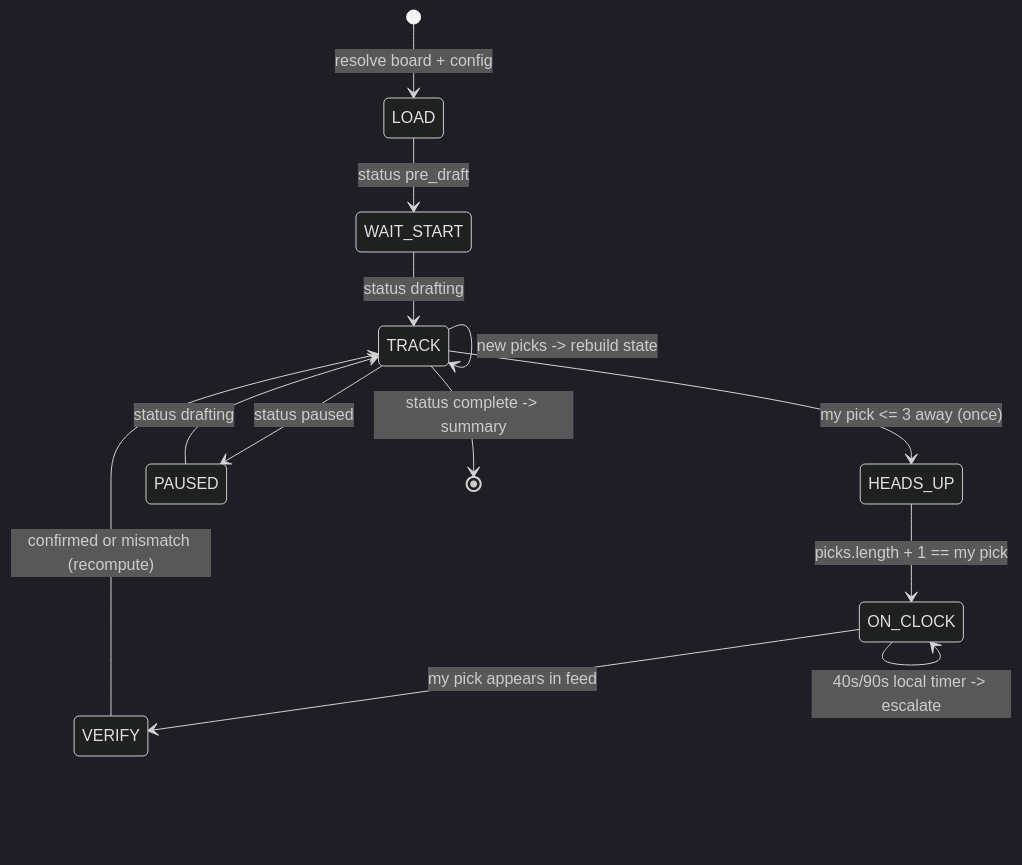
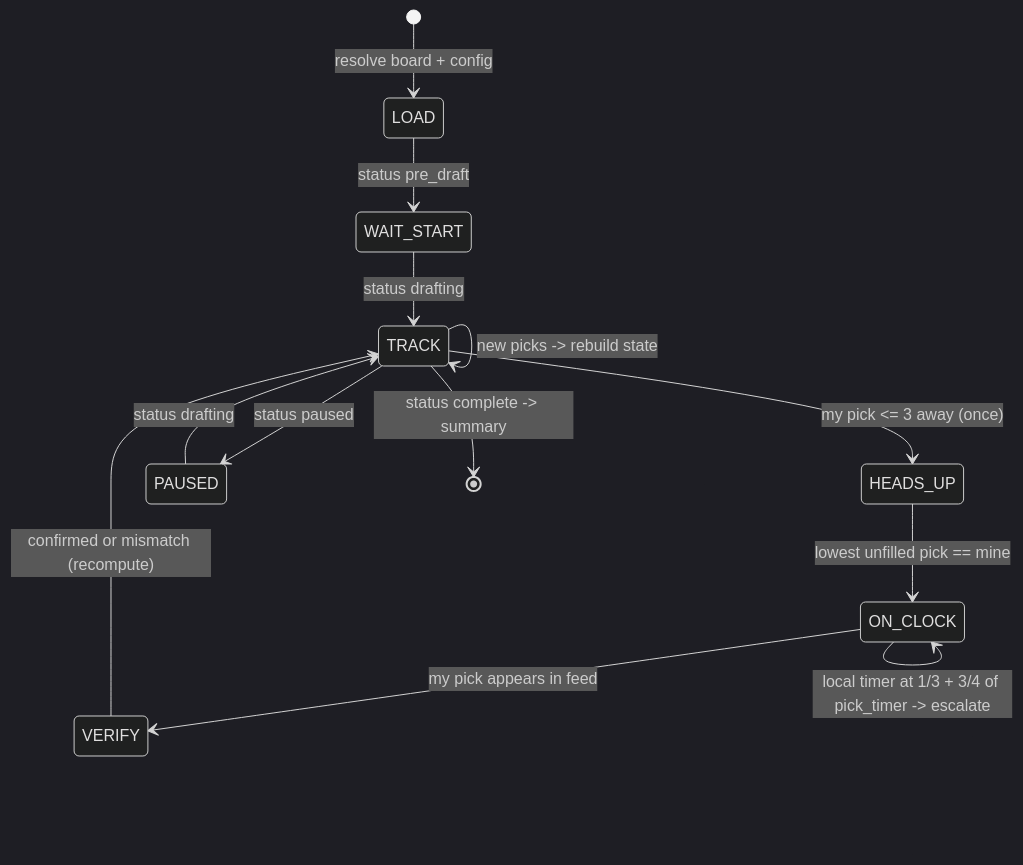
Before and after one commit to its-acarn/lads-nfl: the diagram in docs/DRAFT_BOT_PLAN.md, drawn with Mermaid (dark theme). The commit also changed other lines of this file, not shown here.

First line of the commit message:
Address review notes: draft slot input, pick_timer-derived escalation, robust on-clock detection

````diff
--- a/docs/DRAFT_BOT_PLAN.md
+++ b/docs/DRAFT_BOT_PLAN.md
@@ -168,15 +170,15 @@
 ```mermaid
 stateDiagram-v2
     [*] --> LOAD: resolve board + config
     LOAD --> WAIT_START: status pre_draft
     WAIT_START --> TRACK: status drafting
     TRACK --> TRACK: new picks -> rebuild state
     TRACK --> HEADS_UP: my pick <= 3 away (once)
-    HEADS_UP --> ON_CLOCK: picks.length + 1 == my pick
-    ON_CLOCK --> ON_CLOCK: 40s/90s local timer -> escalate
+    HEADS_UP --> ON_CLOCK: lowest unfilled pick == mine
+    ON_CLOCK --> ON_CLOCK: local timer at 1/3 + 3/4 of pick_timer -> escalate
     ON_CLOCK --> VERIFY: my pick appears in feed
     VERIFY --> TRACK: confirmed or mismatch (recompute)
     TRACK --> PAUSED: status paused
     PAUSED --> TRACK: status drafting
     TRACK --> [*]: status complete -> summary
 ```
````
